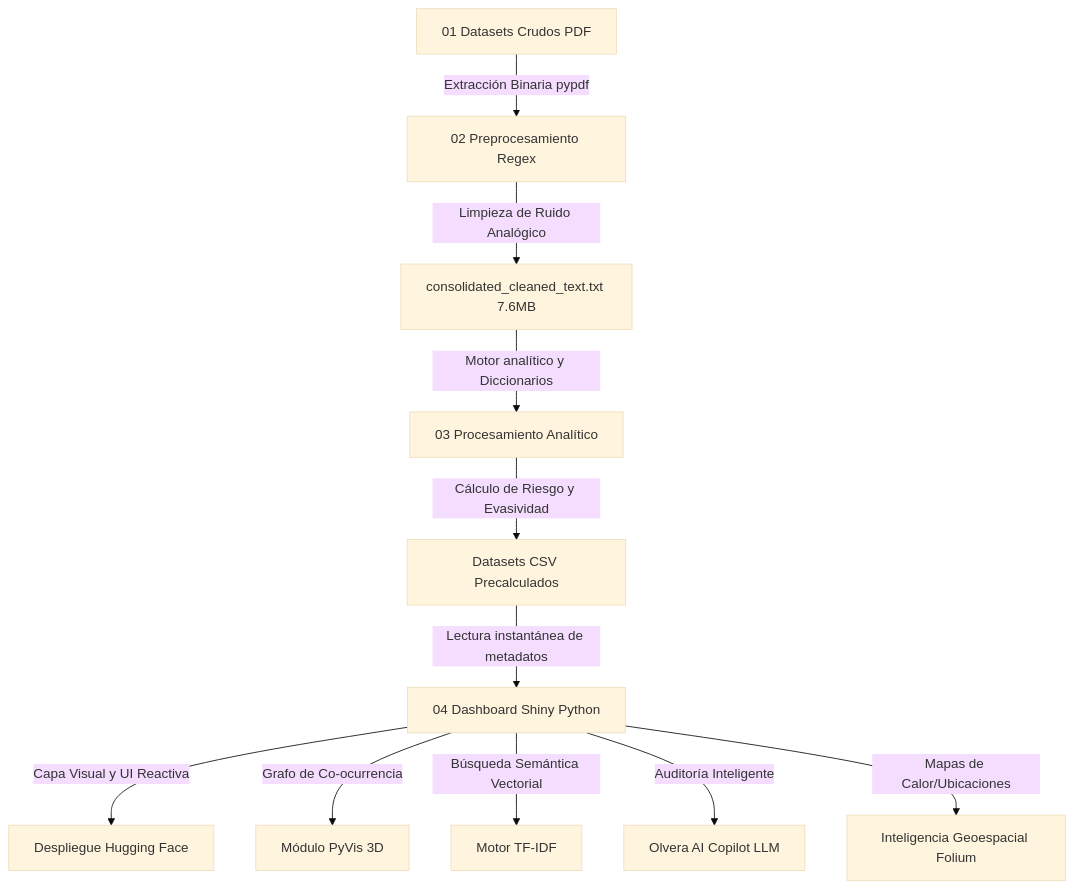
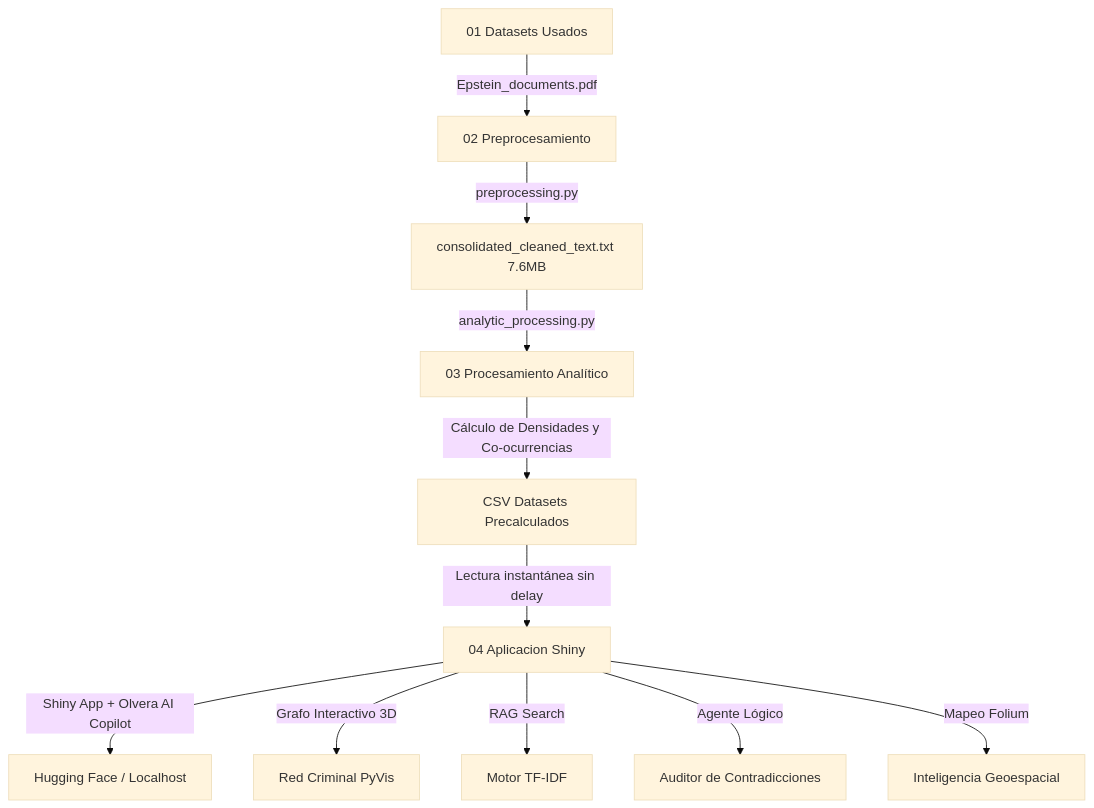
Before and after one commit to jjho05/analisis-archivos-epstein: the diagram in README.md, drawn with Mermaid (base theme). The commit also changed other lines of this file, not shown here.

````diff
--- a/README.md
+++ b/README.md
@@ -51,13 +44,13 @@
 ```mermaid
 graph TD
-    A[01 Datasets Crudos PDF] -->|Extracción Binaria pypdf| B[02 Preprocesamiento Regex]
-    B -->|Limpieza de Ruido Analógico| C[consolidated_cleaned_text.txt 7.6MB]
-    C -->|Motor analítico y Diccionarios| D[03 Procesamiento Analítico]
-    D -->|Cálculo de Riesgo y Evasividad| E[Datasets CSV Precalculados]
-    E -->|Lectura instantánea de metadatos| F[04 Dashboard Shiny Python]
-    F -->|Capa Visual y UI Reactiva| G[Despliegue Hugging Face]
-    F -->|Grafo de Co-ocurrencia| H[Módulo PyVis 3D]
-    F -->|Búsqueda Semántica Vectorial| I[Motor TF-IDF]
-    F -->|Auditoría Inteligente| J[Olvera AI Copilot LLM]
-    F -->|Mapas de Calor/Ubicaciones| K[Inteligencia Geoespacial Folium]
+    A[01 Datasets Usados] -->|Epstein_documents.pdf| B[02 Preprocesamiento]
+    B -->|preprocessing.py| C[consolidated_cleaned_text.txt 7.6MB]
+    C -->|analytic_processing.py| D[03 Procesamiento Analítico]
+    D -->|Cálculo de Densidades y Co-ocurrencias| E[CSV Datasets Precalculados]
+    E -->|Lectura instantánea sin delay| F[04 Aplicacion Shiny]
+    F -->|Shiny App + Olvera AI Copilot| G[Hugging Face / Localhost]
+    F -->|Grafo Interactivo 3D| H[Red Criminal PyVis]
+    F -->|RAG Search| I[Motor TF-IDF]
+    F -->|Agente Lógico| J[Auditor de Contradicciones]
+    F -->|Mapeo Folium| K[Inteligencia Geoespacial]
 ```
````
